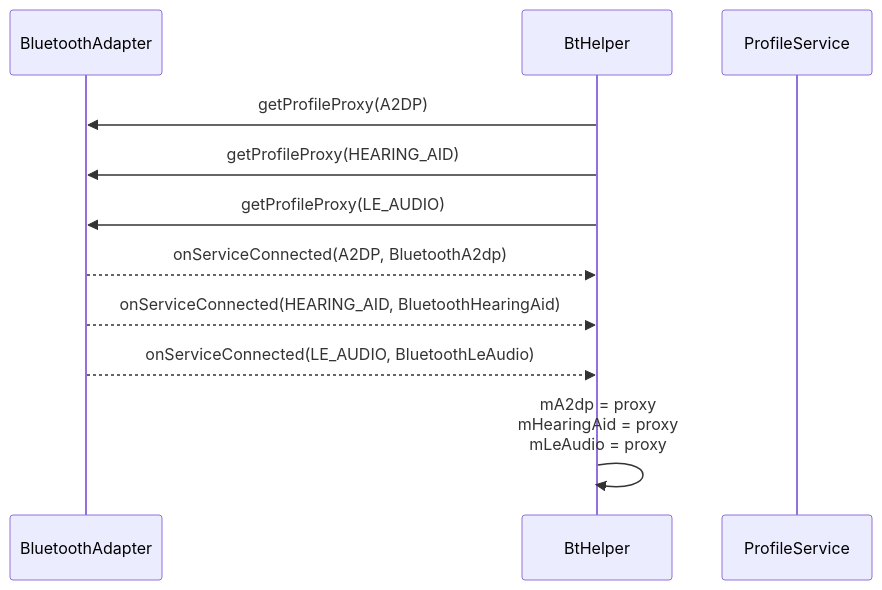
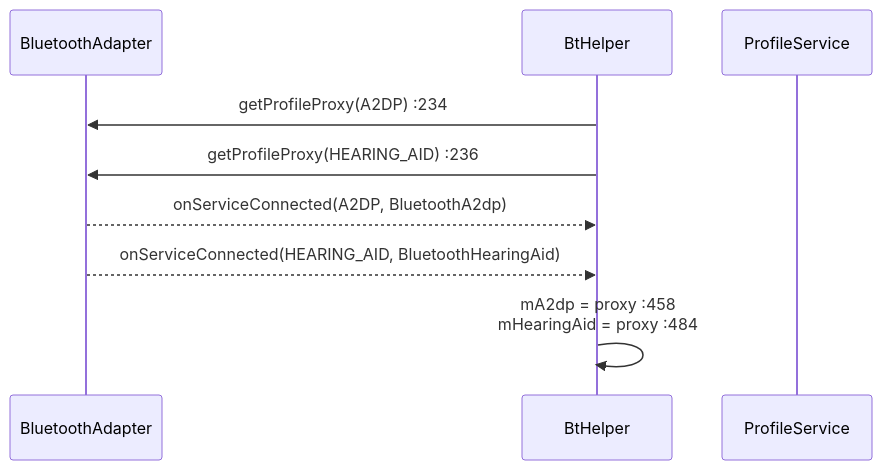
One commit to yanglinzhen1022/SA8295_AAOS_QNX_Audio_KnowledgeBase changed the seventh of 7 diagrams in 14_Bluetooth_Audio/14_14.5_Hearing_Aid-助听器.md. Above: the diagram before and after it, drawn with Mermaid. The commit also changed other lines of this file and 58 other files, not shown here.

````diff
--- a/14_Bluetooth_Audio/14_14.5_Hearing_Aid-助听器.md
+++ b/14_Bluetooth_Audio/14_14.5_Hearing_Aid-助听器.md
@@ -206,14 +216,12 @@
 ```mermaid
 sequenceDiagram
     participant ADAPTER as BluetoothAdapter
     participant BTH as BtHelper
     participant SVC as ProfileService
 
-    BTH->>ADAPTER: getProfileProxy(A2DP)
-    BTH->>ADAPTER: getProfileProxy(HEARING_AID)
-    BTH->>ADAPTER: getProfileProxy(LE_AUDIO)
+    BTH->>ADAPTER: getProfileProxy(A2DP) :234
+    BTH->>ADAPTER: getProfileProxy(HEARING_AID) :236
     ADAPTER-->>BTH: onServiceConnected(A2DP, BluetoothA2dp)
     ADAPTER-->>BTH: onServiceConnected(HEARING_AID, BluetoothHearingAid)
-    ADAPTER-->>BTH: onServiceConnected(LE_AUDIO, BluetoothLeAudio)
-    BTH->>BTH: mA2dp = proxy<br>mHearingAid = proxy<br>mLeAudio = proxy
+    BTH->>BTH: mA2dp = proxy :458<br>mHearingAid = proxy :484
 ```
````
